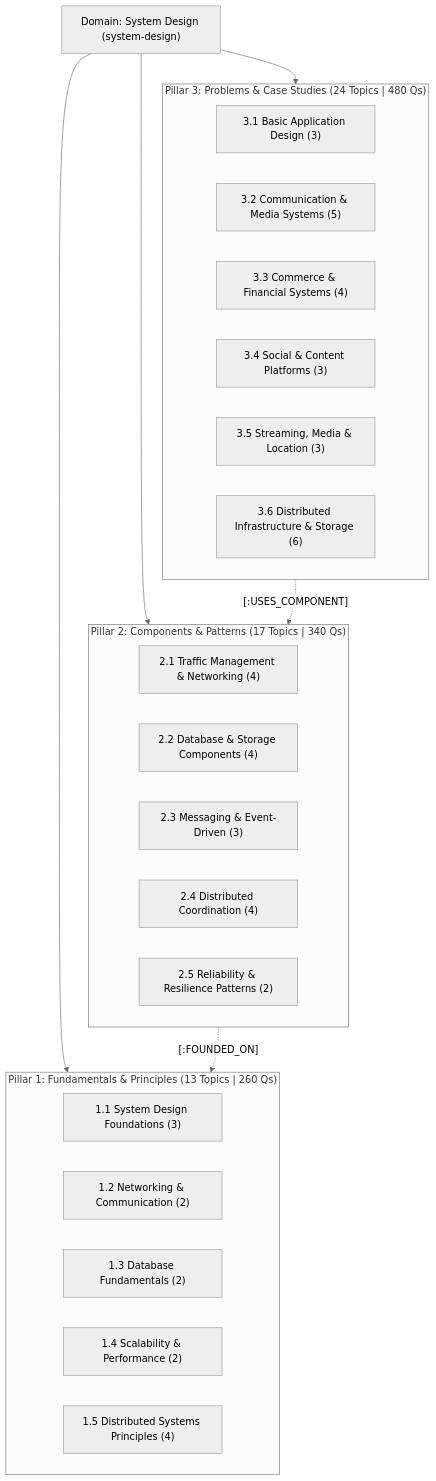
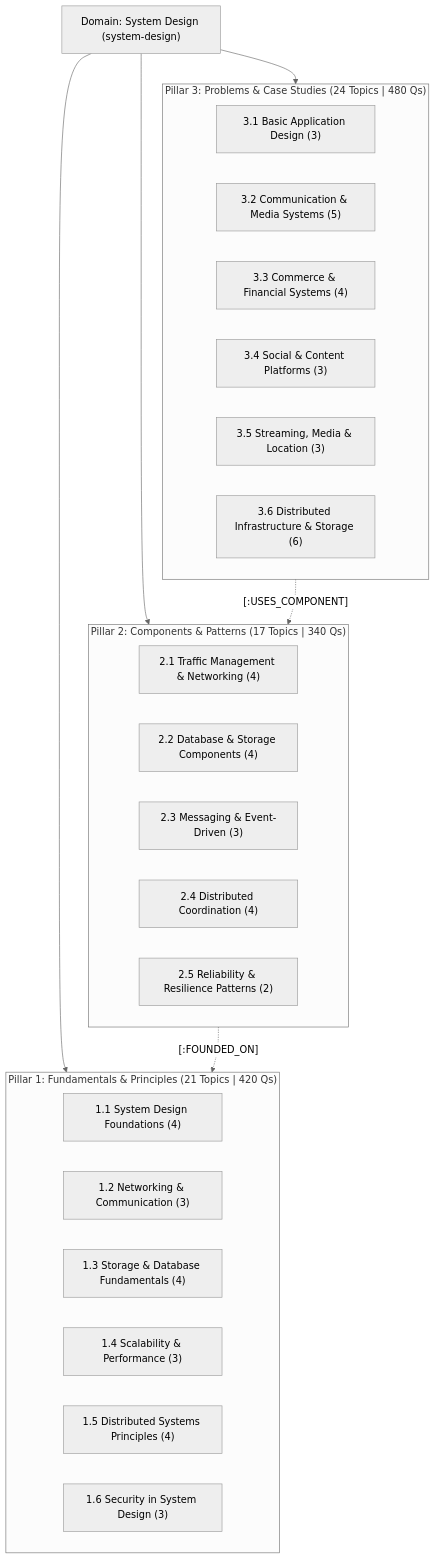
Before and after one commit to imsauravsingh/prepinminutes-backend: the first of 2 diagrams in docs/domains/system-design.md, drawn with Mermaid (neutral theme). The commit also changed other lines of this file and 8 other files, not shown here.

Commit message:
doc: updated neo4j architecture changes

````diff
--- a/docs/domains/system-design.md
+++ b/docs/domains/system-design.md
@@ -23,36 +23,37 @@
 ```mermaid
 flowchart TD
     DOMAIN["Domain: System Design (system-design)"]
 
-    subgraph D1 ["Pillar 1: Fundamentals & Principles (13 Topics | 260 Qs)"]
-        C1_1["1.1 System Design Foundations (3)"]
-        C1_2["1.2 Networking & Communication (2)"]
-        C1_3["1.3 Database Fundamentals (2)"]
-        C1_4["1.4 Scalability & Performance (2)"]
+    subgraph D1 ["Pillar 1: Fundamentals & Principles (21 Topics | 420 Qs)"]
+        C1_1["1.1 System Design Foundations (4)"]
+        C1_2["1.2 Networking & Communication (3)"]
+        C1_3["1.3 Storage & Database Fundamentals (4)"]
+        C1_4["1.4 Scalability & Performance (3)"]
         C1_5["1.5 Distributed Systems Principles (4)"]
+        C1_6["1.6 Security in System Design (3)"]
     end
 
     subgraph D2 ["Pillar 2: Components & Patterns (17 Topics | 340 Qs)"]
         C2_1["2.1 Traffic Management & Networking (4)"]
         C2_2["2.2 Database & Storage Components (4)"]
         C2_3["2.3 Messaging & Event-Driven (3)"]
         C2_4["2.4 Distributed Coordination (4)"]
         C2_5["2.5 Reliability & Resilience Patterns (2)"]
     end
 
     subgraph D3 ["Pillar 3: Problems & Case Studies (24 Topics | 480 Qs)"]
         C3_1["3.1 Basic Application Design (3)"]
         C3_2["3.2 Communication & Media Systems (5)"]
         C3_3["3.3 Commerce & Financial Systems (4)"]
         C3_4["3.4 Social & Content Platforms (3)"]
         C3_5["3.5 Streaming, Media & Location (3)"]
         C3_6["3.6 Distributed Infrastructure & Storage (6)"]
     end
 
     DOMAIN --> D1
     DOMAIN --> D2
     DOMAIN --> D3
 
     D3 -.->|"[:USES_COMPONENT]"| D2
     D2 -.->|"[:FOUNDED_ON]"| D1
 ```
````
